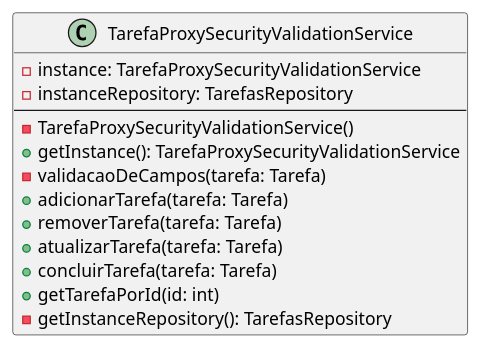
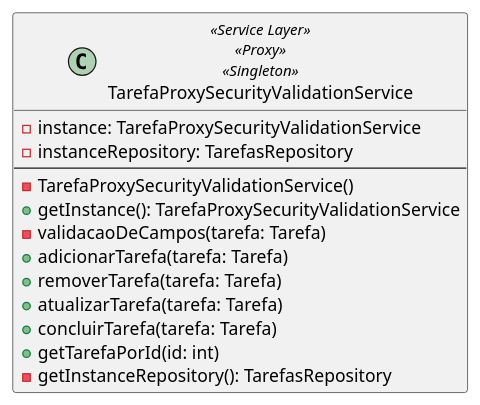
Before and after one commit to MrJabes762/Sistema-de-Gerenciamento-de-Tarefas: the diagram in estruturasUmls/java/service/estruturaTarefaProxy.puml, drawn with PlantUML. The commit also changed 3 other files, not shown here.

```diff
--- a/estruturasUmls/java/service/estruturaTarefaProxy.puml
+++ b/estruturasUmls/java/service/estruturaTarefaProxy.puml
@@ -1,20 +1,20 @@
 @startuml
 
 skinparam lineType ortho
 
-class TarefaProxySecurityValidationService {
+class TarefaProxySecurityValidationService <<Service Layer>> <<Proxy>> <<Singleton>>{
     - instance: TarefaProxySecurityValidationService
     - instanceRepository: TarefasRepository
     --
     - TarefaProxySecurityValidationService()
     + getInstance(): TarefaProxySecurityValidationService
     - validacaoDeCampos(tarefa: Tarefa)
     + adicionarTarefa(tarefa: Tarefa)
     + removerTarefa(tarefa: Tarefa)
     + atualizarTarefa(tarefa: Tarefa)
     + concluirTarefa(tarefa: Tarefa)
     + getTarefaPorId(id: int)
     - getInstanceRepository(): TarefasRepository
 }
 
 @enduml
```
